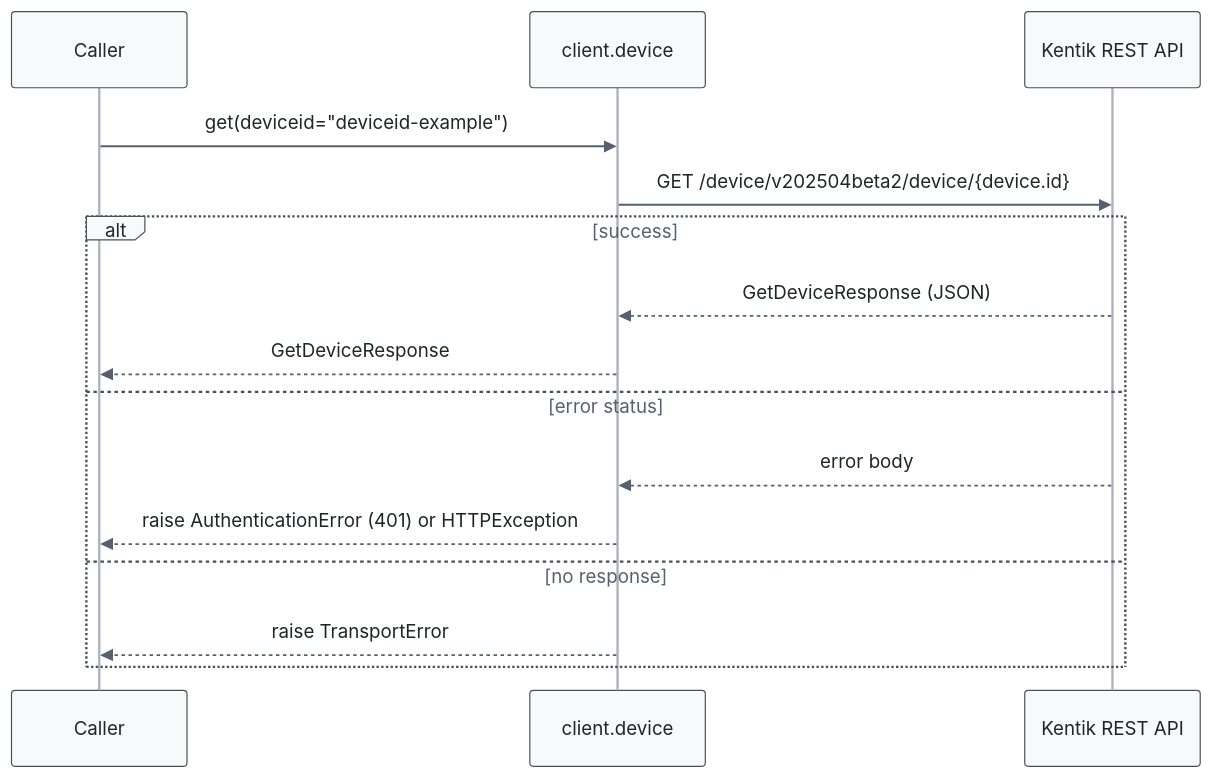
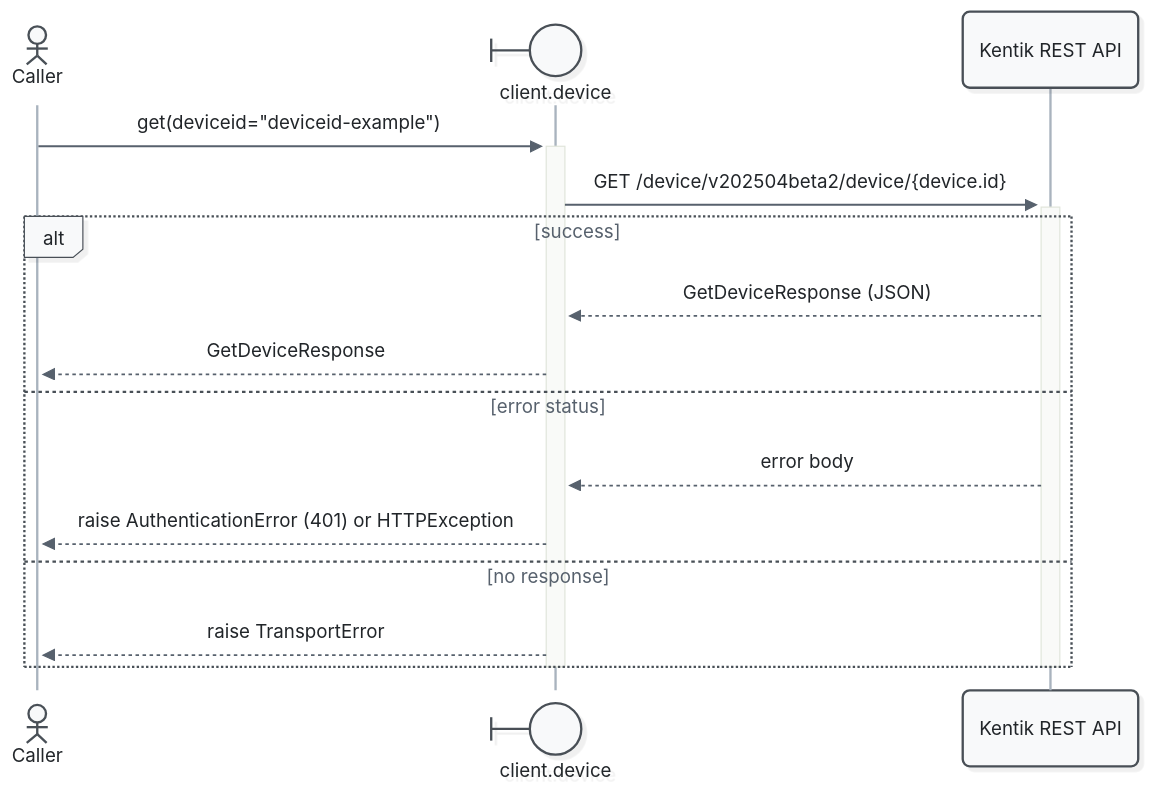
One commit to alexdearaujo/community_sdk_python changed diagram 13 of 21 in docs/sphinx/services/device.md. Above: the diagram before and after it, drawn with Mermaid. The commit also changed other lines of this file and 52 other files, not shown here.

First line of the commit message:
docs: Mermaid 12 sequence diagrams with participant types and path colors

````diff
--- a/docs/sphinx/services/device.md
+++ b/docs/sphinx/services/device.md
@@ -505,19 +535,21 @@
 ```mermaid
-%%{init: {"theme": "base", "fontFamily": "ui-monospace, SFMono-Regular, Menlo, monospace", "themeVariables": {"fontFamily": "ui-monospace, SFMono-Regular, Menlo, monospace", "primaryColor": "#f8f9fa", "primaryBorderColor": "#495057", "primaryTextColor": "#212529", "textColor": "#212529", "lineColor": "#77818c", "edgeLabelBackground": "#ffffff", "actorBkg": "#f8f9fa", "actorBorder": "#495057", "actorTextColor": "#212529", "actorLineColor": "#a9b3be", "signalColor": "#57616d", "signalTextColor": "#212529", "labelBoxBkgColor": "#f8f9fa", "labelBoxBorderColor": "#495057", "labelTextColor": "#212529", "loopTextColor": "#57616d", "noteBkgColor": "#fff9db", "noteBorderColor": "#f08c00", "noteTextColor": "#a35a00"}, "flowchart": {"curve": "step", "nodeSpacing": 30, "rankSpacing": 70, "wrappingWidth": 400}}}%%
+%%{init: {"theme": "redux", "look": "neo", "layout": "dagre", "fontFamily": "ui-monospace, SFMono-Regular, Menlo, monospace", "themeVariables": {"fontFamily": "ui-monospace, SFMono-Regular, Menlo, monospace", "primaryColor": "#f8f9fa", "primaryBorderColor": "#495057", "primaryTextColor": "#212529", "textColor": "#212529", "lineColor": "#77818c", "edgeLabelBackground": "#ffffff", "actorBkg": "#f8f9fa", "actorBorder": "#495057", "actorTextColor": "#212529", "actorLineColor": "#a9b3be", "signalColor": "#57616d", "signalTextColor": "#212529", "labelBoxBkgColor": "#f8f9fa", "labelBoxBorderColor": "#495057", "labelTextColor": "#212529", "loopTextColor": "#57616d", "noteBkgColor": "#fff9db", "noteBorderColor": "#f08c00", "noteTextColor": "#a35a00"}, "sequence": {"activationWidth": 16}, "flowchart": {"curve": "step", "nodeSpacing": 30, "rankSpacing": 70, "wrappingWidth": 400}}}%%
 sequenceDiagram
-    participant C as Caller
-    participant W as client.device
+    actor C as Caller
+    participant W@{ "type": "boundary" } as client.device
     participant API as Kentik REST API
 
-    C->>W: get(deviceid="deviceid-example")
-    W->>API: GET /device/v202504beta2/device/{device.id}
+    C->>+W: get(deviceid="deviceid-example")
+    W->>+API: GET /device/v202504beta2/device/{device.id}
     alt success
         API-->>W: GetDeviceResponse (JSON)
         W-->>C: GetDeviceResponse
     else error status
         API-->>W: error body
         W-->>C: raise AuthenticationError (401) or HTTPException
     else no response
         W-->>C: raise TransportError
     end
+    deactivate API
+    deactivate W
 ```
````
